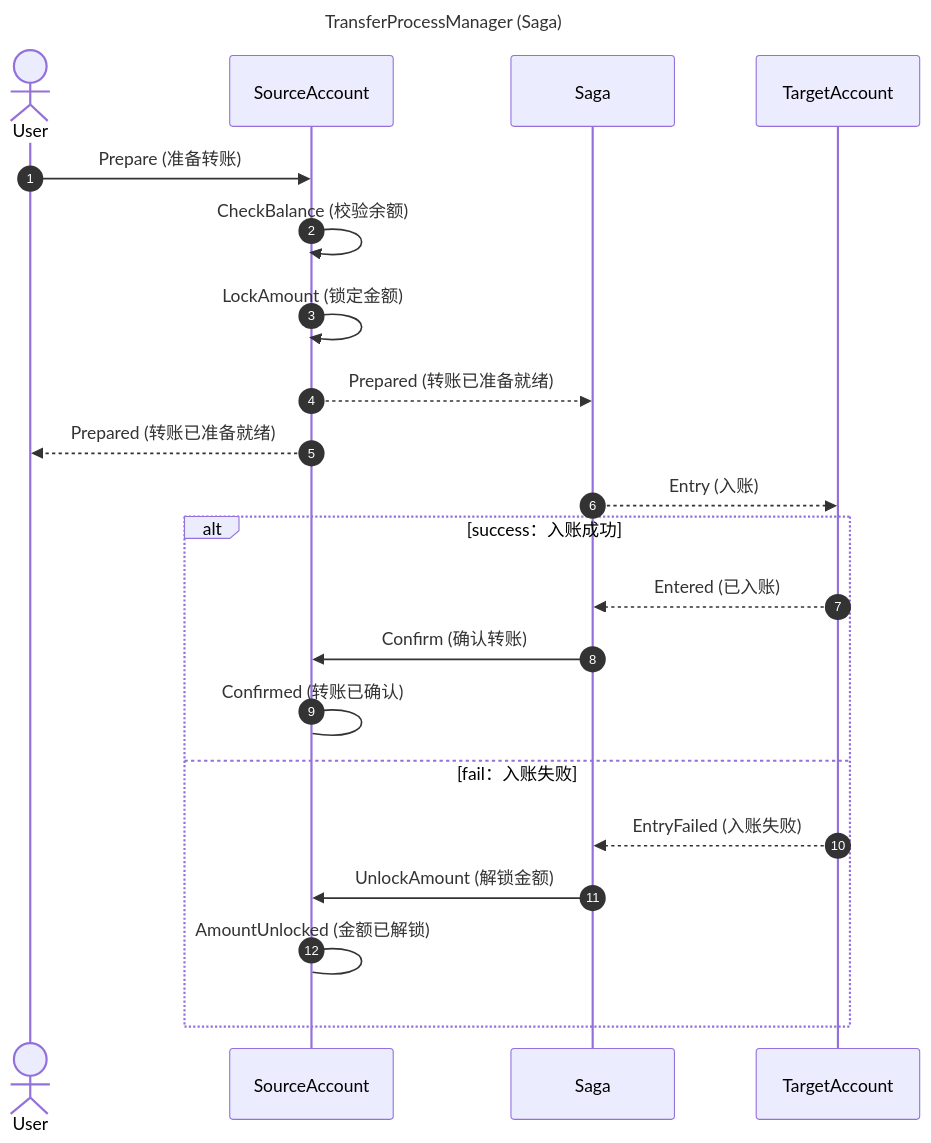
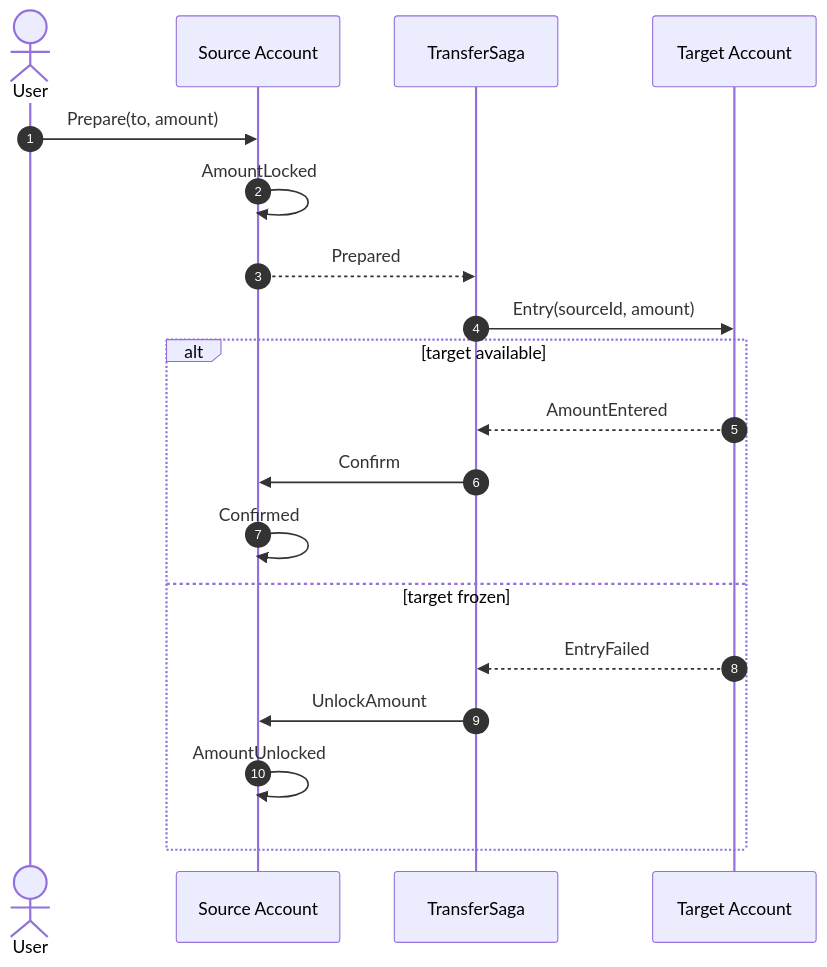
The first of 2 diagrams in documentation/docs/zh/reference/example/transfer.md (Ahoo-Wang/Wow), drawn with Mermaid before and after one commit. The commit also changed other lines of this file and 166 other files, not shown here.

````diff
--- a/documentation/docs/zh/reference/example/transfer.md
+++ b/documentation/docs/zh/reference/example/transfer.md
@@ -22,25 +13,21 @@
 ```mermaid
 sequenceDiagram
     autonumber
-    title TransferProcessManager (Saga)
     actor User
-    participant SourceAccount
-    participant Saga
-    participant TargetAccount
-    User ->> SourceAccount: Prepare (准备转账)
-    SourceAccount ->> SourceAccount: CheckBalance (校验余额)
-    SourceAccount ->> SourceAccount: LockAmount (锁定金额)
-    SourceAccount -->> Saga: Prepared (转账已准备就绪)
-    SourceAccount -->> User: Prepared (转账已准备就绪)
-    Saga -->> TargetAccount: Entry (入账)
-    alt success：入账成功
-        TargetAccount -->> Saga: Entered (已入账)
-        Saga ->> SourceAccount: Confirm (确认转账)
-        SourceAccount -> SourceAccount: Confirmed (转账已确认)
-    else fail：入账失败
-        TargetAccount -->> Saga: EntryFailed (入账失败)
-        Saga ->> SourceAccount: UnlockAmount (解锁金额)
-        SourceAccount -> SourceAccount: AmountUnlocked (金额已解锁)
+    participant Source as Source Account
+    participant Saga as TransferSaga
+    participant Target as Target Account
+    User->>Source: Prepare(to, amount)
+    Source->>Source: AmountLocked
+    Source-->>Saga: Prepared
+    Saga->>Target: Entry(sourceId, amount)
+    alt target available
+        Target-->>Saga: AmountEntered
+        Saga->>Source: Confirm
+        Source->>Source: Confirmed
+    else target frozen
+        Target-->>Saga: EntryFailed
+        Saga->>Source: UnlockAmount
+        Source->>Source: AmountUnlocked
     end
-
 ```
````
